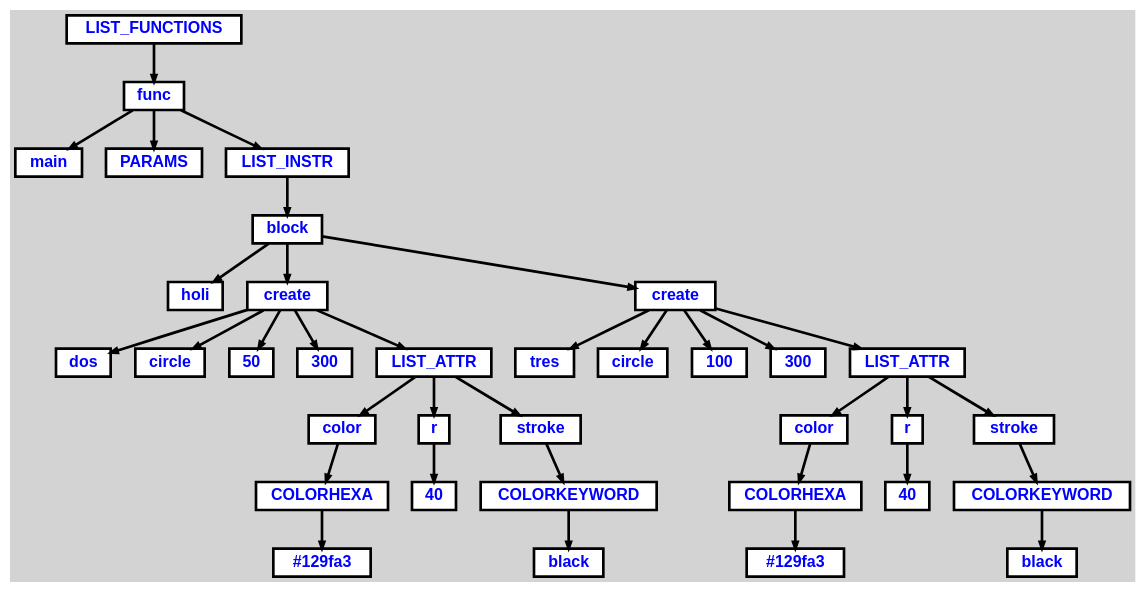
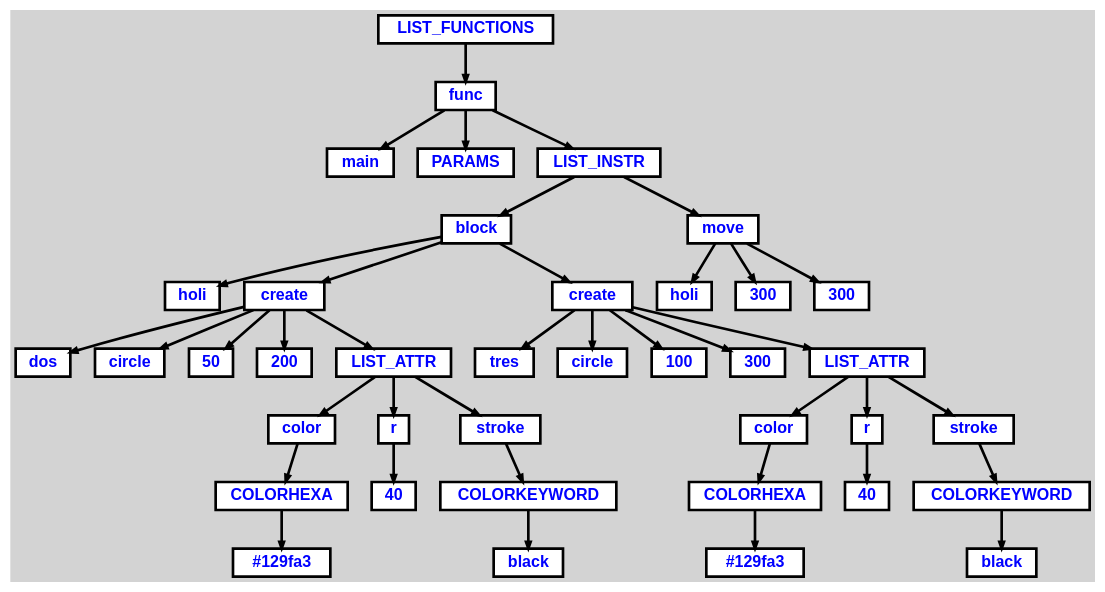
The diagram in a.dot (Outer2g/SVGAnimation), drawn with Graphviz before and after one commit. The commit also changed 7 other files, not shown here.

```diff
--- a/a.dot
+++ b/a.dot
@@ -1,97 +1,106 @@
 digraph {
 
 	ordering=out;
 	ranksep=.4;
 	bgcolor="lightgrey"; node [shape=box, fixedsize=false, fontsize=12, fontname="Helvetica-bold", fontcolor="blue"
 		width=.25, height=.25, color="black", fillcolor="white", style="filled, solid, bold"];
 	edge [arrowsize=.5, color="black", style="bold"]
 
   n0 [label="LIST_FUNCTIONS"];
   n1 [label="func"];
   n1 [label="func"];
   n2 [label="main"];
   n3 [label="PARAMS"];
   n4 [label="LIST_INSTR"];
   n4 [label="LIST_INSTR"];
   n5 [label="block"];
   n5 [label="block"];
   n6 [label="holi"];
   n7 [label="create"];
   n7 [label="create"];
   n8 [label="dos"];
   n9 [label="circle"];
   n10 [label="50"];
-  n11 [label="300"];
+  n11 [label="200"];
   n12 [label="LIST_ATTR"];
   n12 [label="LIST_ATTR"];
   n13 [label="color"];
   n13 [label="color"];
   n14 [label="COLORHEXA"];
   n14 [label="COLORHEXA"];
   n15 [label="#129fa3"];
   n16 [label="r"];
   n16 [label="r"];
   n17 [label="40"];
   n18 [label="stroke"];
   n18 [label="stroke"];
   n19 [label="COLORKEYWORD"];
   n19 [label="COLORKEYWORD"];
   n20 [label="black"];
   n21 [label="create"];
   n21 [label="create"];
   n22 [label="tres"];
   n23 [label="circle"];
   n24 [label="100"];
   n25 [label="300"];
   n26 [label="LIST_ATTR"];
   n26 [label="LIST_ATTR"];
   n27 [label="color"];
   n27 [label="color"];
   n28 [label="COLORHEXA"];
   n28 [label="COLORHEXA"];
   n29 [label="#129fa3"];
   n30 [label="r"];
   n30 [label="r"];
   n31 [label="40"];
   n32 [label="stroke"];
   n32 [label="stroke"];
   n33 [label="COLORKEYWORD"];
   n33 [label="COLORKEYWORD"];
   n34 [label="black"];
+  n35 [label="move"];
+  n35 [label="move"];
+  n36 [label="holi"];
+  n37 [label="300"];
+  n38 [label="300"];
 
   n0 -> n1 // "LIST_FUNCTIONS" -> "func"
   n1 -> n2 // "func" -> "main"
   n1 -> n3 // "func" -> "PARAMS"
   n1 -> n4 // "func" -> "LIST_INSTR"
   n4 -> n5 // "LIST_INSTR" -> "block"
   n5 -> n6 // "block" -> "holi"
   n5 -> n7 // "block" -> "create"
   n7 -> n8 // "create" -> "dos"
   n7 -> n9 // "create" -> "circle"
   n7 -> n10 // "create" -> "50"
-  n7 -> n11 // "create" -> "300"
+  n7 -> n11 // "create" -> "200"
   n7 -> n12 // "create" -> "LIST_ATTR"
   n12 -> n13 // "LIST_ATTR" -> "color"
   n13 -> n14 // "color" -> "COLORHEXA"
   n14 -> n15 // "COLORHEXA" -> "#129fa3"
   n12 -> n16 // "LIST_ATTR" -> "r"
   n16 -> n17 // "r" -> "40"
   n12 -> n18 // "LIST_ATTR" -> "stroke"
   n18 -> n19 // "stroke" -> "COLORKEYWORD"
   n19 -> n20 // "COLORKEYWORD" -> "black"
   n5 -> n21 // "block" -> "create"
   n21 -> n22 // "create" -> "tres"
   n21 -> n23 // "create" -> "circle"
   n21 -> n24 // "create" -> "100"
   n21 -> n25 // "create" -> "300"
   n21 -> n26 // "create" -> "LIST_ATTR"
   n26 -> n27 // "LIST_ATTR" -> "color"
   n27 -> n28 // "color" -> "COLORHEXA"
   n28 -> n29 // "COLORHEXA" -> "#129fa3"
   n26 -> n30 // "LIST_ATTR" -> "r"
   n30 -> n31 // "r" -> "40"
   n26 -> n32 // "LIST_ATTR" -> "stroke"
   n32 -> n33 // "stroke" -> "COLORKEYWORD"
   n33 -> n34 // "COLORKEYWORD" -> "black"
+  n4 -> n35 // "LIST_INSTR" -> "move"
+  n35 -> n36 // "move" -> "holi"
+  n35 -> n37 // "move" -> "300"
+  n35 -> n38 // "move" -> "300"
 
 }
```
